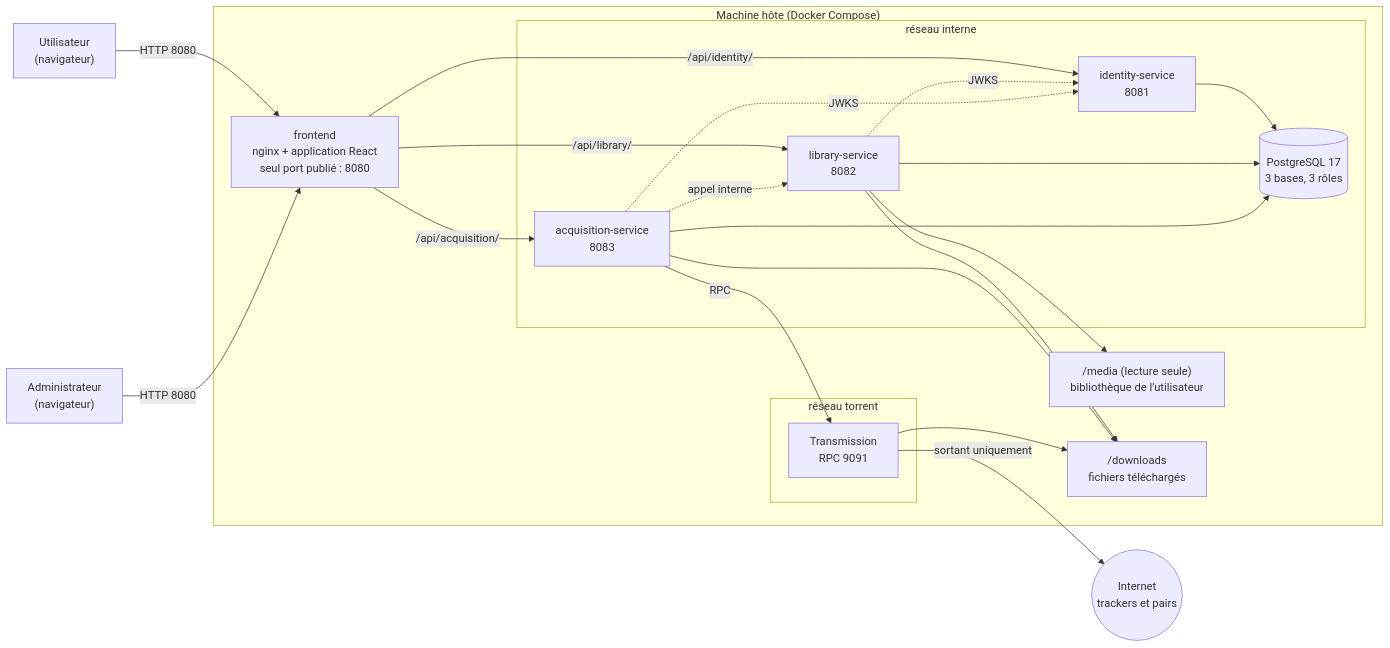
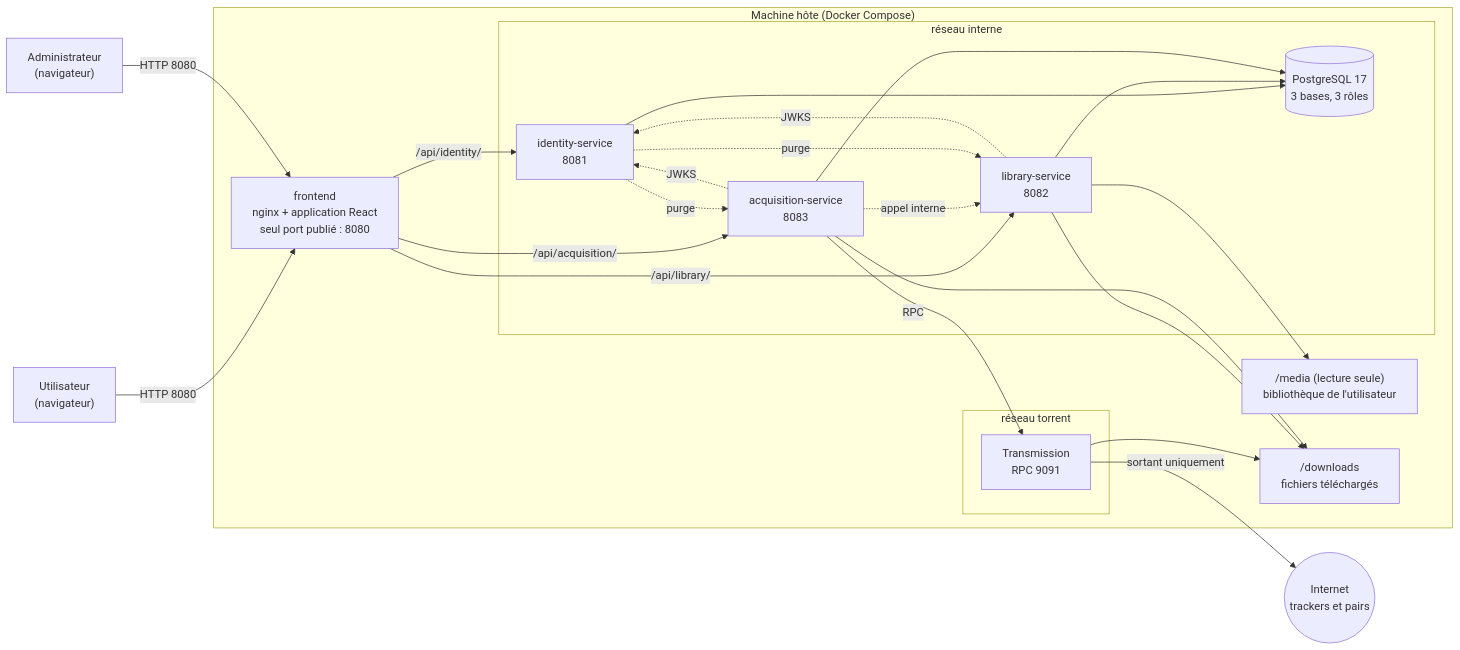
One commit to tomvieilledent/holbertonschool-homeflix-project changed the first of 4 diagrams in docs/ARCHITECTURE.md. Above: the diagram before and after it, drawn with Mermaid. The commit also changed other lines of this file and 10 other files, not shown here.

Commit message:
docs: update architecture, risks and MVP exclusions

````diff
--- a/docs/ARCHITECTURE.md
+++ b/docs/ARCHITECTURE.md
@@ -20,38 +19,40 @@
 ```mermaid
 flowchart LR
     user["Utilisateur<br/>(navigateur)"]
     admin["Administrateur<br/>(navigateur)"]
     subgraph host["Machine hôte (Docker Compose)"]
         nginx["frontend<br/>nginx + application React<br/>seul port publié : 8080"]
         subgraph internal["réseau interne"]
             identity["identity-service<br/>8081"]
             library["library-service<br/>8082"]
             acquisition["acquisition-service<br/>8083"]
             db[("PostgreSQL 17<br/>3 bases, 3 rôles")]
         end
         subgraph torrent["réseau torrent"]
             transmission["Transmission<br/>RPC 9091"]
         end
         media["/media (lecture seule)<br/>bibliothèque de l'utilisateur"]
         downloads["/downloads<br/>fichiers téléchargés"]
     end
     internet(("Internet<br/>trackers et pairs"))
 
     user -->|HTTP 8080| nginx
     admin -->|HTTP 8080| nginx
     nginx -->|"/api/identity/"| identity
     nginx -->|"/api/library/"| library
     nginx -->|"/api/acquisition/"| acquisition
     identity --> db
     library --> db
     acquisition --> db
     library -.->|JWKS| identity
     acquisition -.->|JWKS| identity
     acquisition -->|RPC| transmission
     acquisition -.->|appel interne| library
+    identity -.->|purge| library
+    identity -.->|purge| acquisition
     transmission -->|sortant uniquement| internet
     library --> media
     library --> downloads
     transmission --> downloads
     acquisition --> downloads
 ```
````
